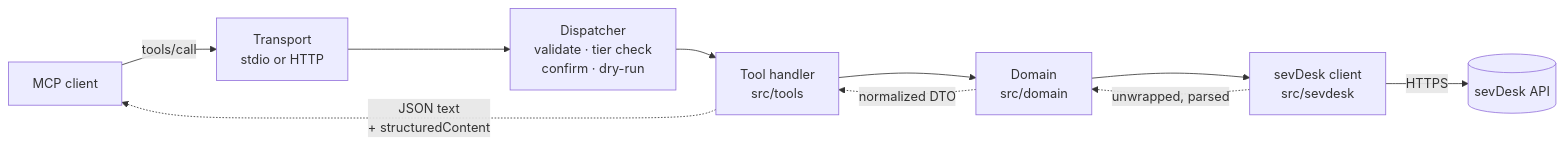
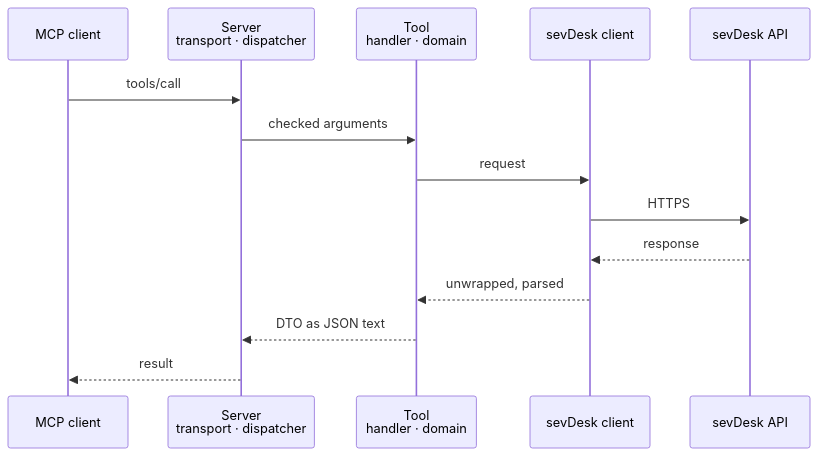
The diagram in docs/architecture.md (jaylann/mcp-server-sevdesk), drawn with Mermaid before and after one commit. The commit also changed other lines of this file and 113 other files, not shown here.

````diff
--- a/docs/architecture.md
+++ b/docs/architecture.md
@@ -122,12 +131,16 @@
 ```mermaid
-flowchart LR
-  C["MCP client"] -->|tools/call| T["Transport<br/>stdio or HTTP"]
-  T --> D["Dispatcher<br/>validate · tier check<br/>confirm · dry-run"]
-  D --> H["Tool handler<br/>src/tools"]
-  H --> S["Domain<br/>src/domain"]
-  S --> K["sevDesk client<br/>src/sevdesk"]
-  K -->|HTTPS| A[("sevDesk API")]
-  K -. "unwrapped, parsed" .-> S
-  S -. "normalized DTO" .-> H
-  H -. "JSON text<br/>+ structuredContent" .-> C
+sequenceDiagram
+  participant C as MCP client
+  participant D as Server<br/>transport · dispatcher
+  participant H as Tool<br/>handler · domain
+  participant K as sevDesk client
+  participant A as sevDesk API
+  C->>D: tools/call
+  D->>H: checked arguments
+  H->>K: request
+  K->>A: HTTPS
+  A-->>K: response
+  K-->>H: unwrapped, parsed
+  H-->>D: DTO as JSON text
+  D-->>C: result
 ```
````
